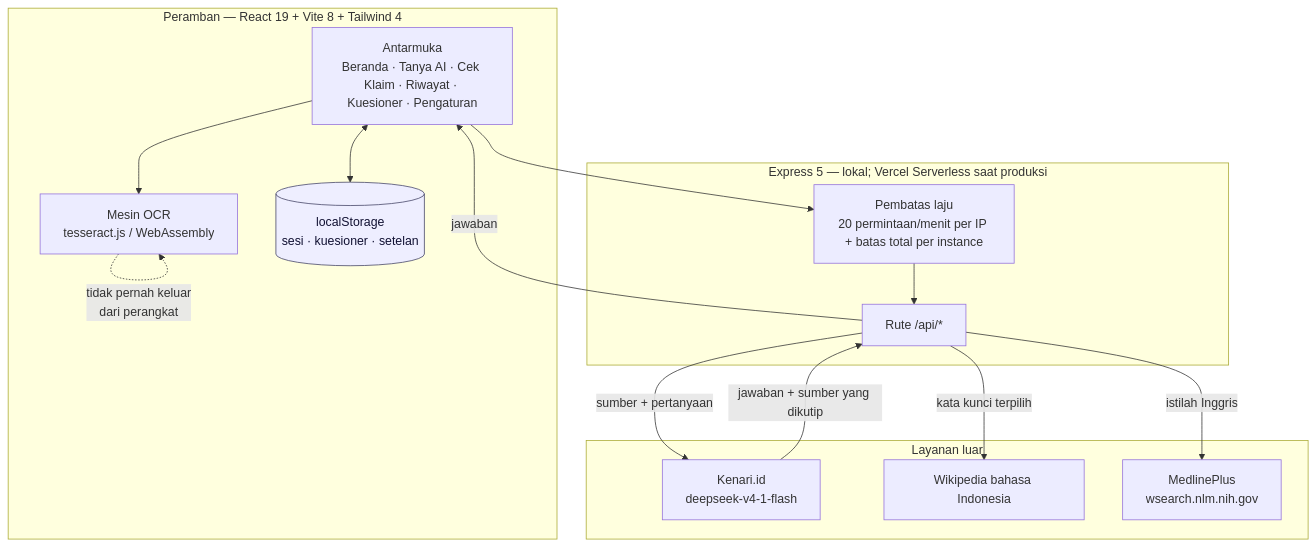
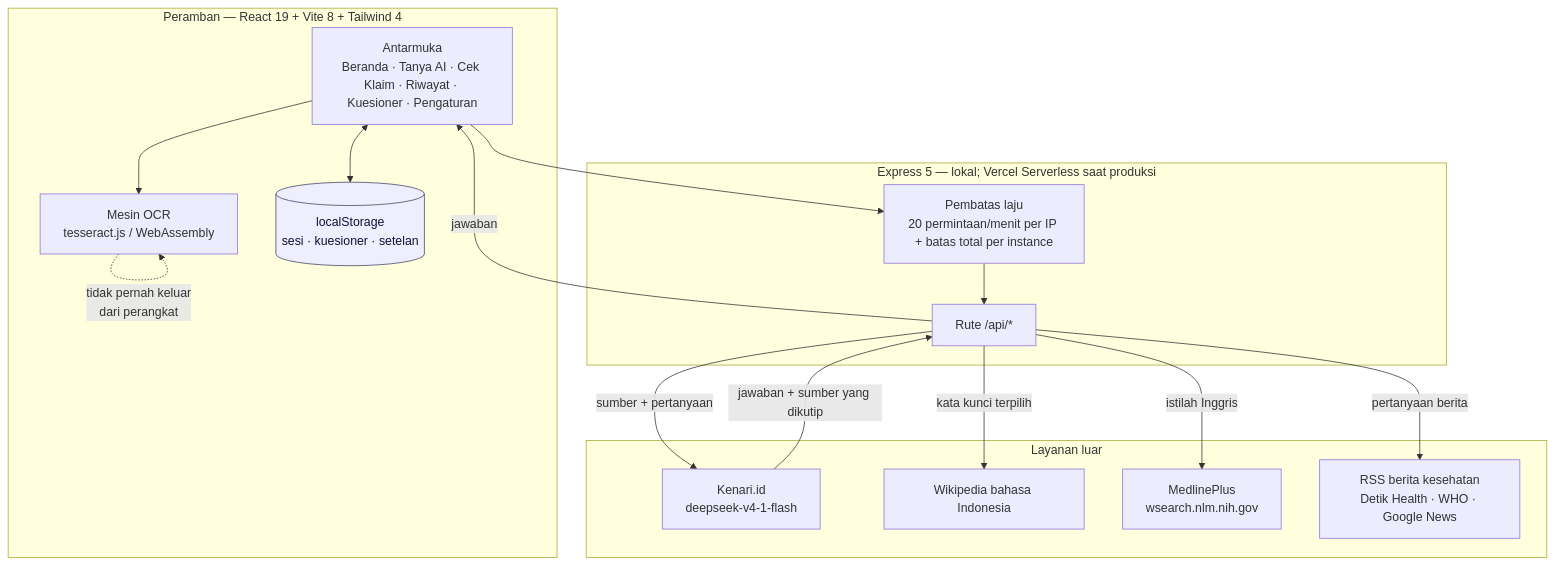
The diagram in README.md (Ellbaayy/Pahami-sehat), drawn with Mermaid before and after one commit. The commit also changed other lines of this file and 7 other files, not shown here.

First line of the commit message:
Berita: kenali "berita terbaru hari ini" tanpa kata kesehatan

````diff
--- a/README.md
+++ b/README.md
@@ -103,33 +104,35 @@
 ```mermaid
 flowchart TB
   subgraph Peramban["Peramban — React 19 + Vite 8 + Tailwind 4"]
     UI["Antarmuka<br/>Beranda · Tanya AI · Cek Klaim · Riwayat · Kuesioner · Pengaturan"]
     OCR["Mesin OCR<br/>tesseract.js / WebAssembly"]
     LS[("localStorage<br/>sesi · kuesioner · setelan")]
   end
 
   subgraph Server["Express 5 — lokal; Vercel Serverless saat produksi"]
     B["Pembatas laju<br/>20 permintaan/menit per IP + batas total per instance"]
     R["Rute /api/*"]
   end
 
   subgraph Luar["Layanan luar"]
     K["Kenari.id<br/>deepseek-v4-1-flash"]
     W["Wikipedia bahasa Indonesia"]
     M["MedlinePlus<br/>wsearch.nlm.nih.gov"]
+    N["RSS berita kesehatan<br/>Detik Health · WHO · Google News"]
   end
 
   UI --> B --> R
   UI <--> LS
   UI --> OCR
   OCR -.->|"tidak pernah keluar<br/>dari perangkat"| OCR
 
   R -->|"kata kunci terpilih"| W
   R -->|"istilah Inggris"| M
+  R -->|"pertanyaan berita"| N
   R -->|"sumber + pertanyaan"| K
   K -->|"jawaban + sumber yang dikutip"| R
   R -->|"jawaban"| UI
 
   classDef store fill:#eef,stroke:#446,color:#113
   class LS store
 ```
````
